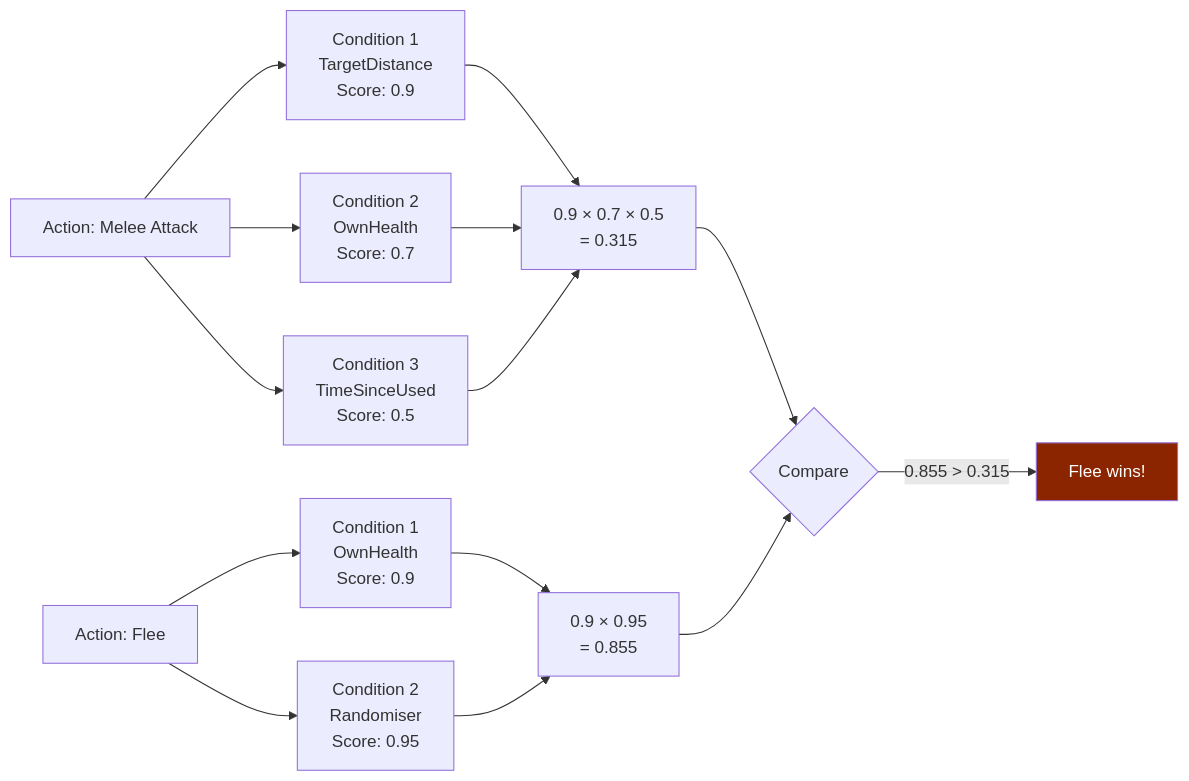
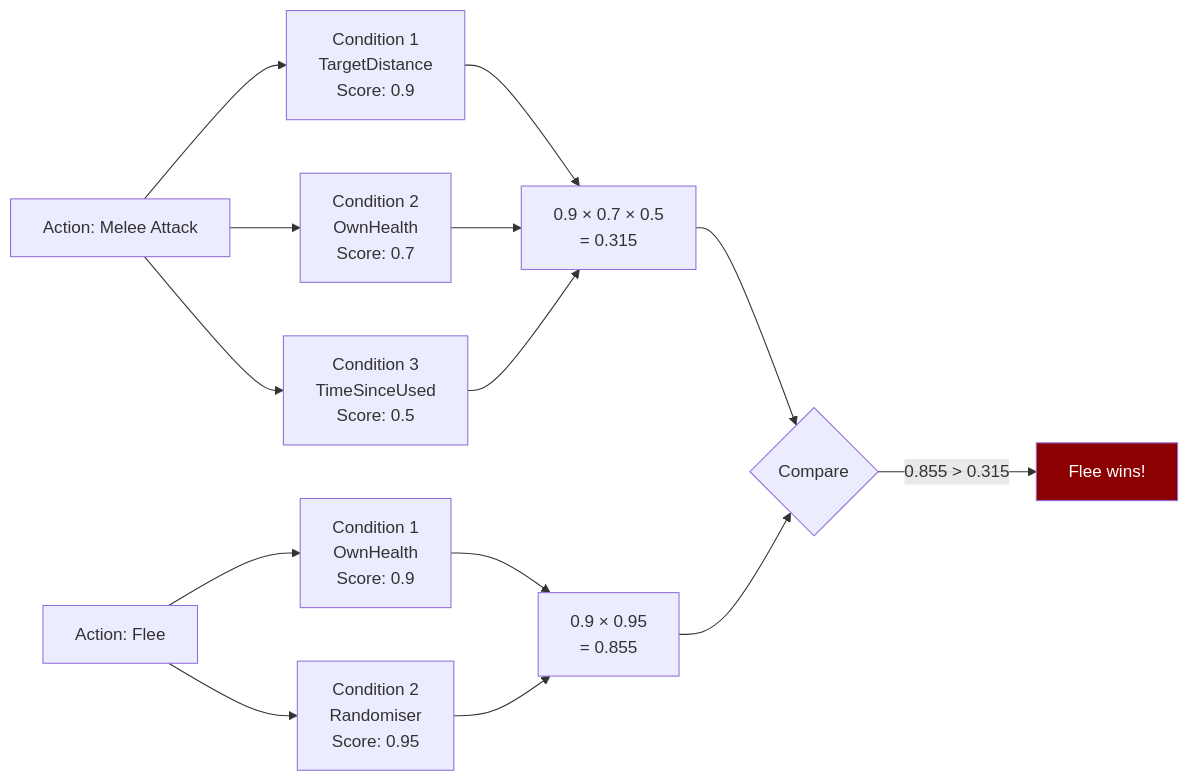
The second of 2 diagrams in src/content/docs/es/reference/npc-system/npc-decision-making.md (nevesb/hytale-modding-docs), drawn with Mermaid before and after one commit. The commit also changed other lines of this file and 34 other files, not shown here.

````diff
--- a/src/content/docs/es/reference/npc-system/npc-decision-making.md
+++ b/src/content/docs/es/reference/npc-system/npc-decision-making.md
@@ -120,22 +120,22 @@
 ```mermaid
-flowchart LR
-    A[Action: Melee Attack] --> B["Condition 1<br/>TargetDistance<br/>Score: 0.9"]
-    A --> C["Condition 2<br/>OwnHealth<br/>Score: 0.7"]
-    A --> D["Condition 3<br/>TimeSinceUsed<br/>Score: 0.5"]
+flowchart LR;
+    A[Action: Melee Attack] --> B["Condition 1<br>TargetDistance<br>Score: 0.9"]
+    A --> C["Condition 2<br>OwnHealth<br>Score: 0.7"]
+    A --> D["Condition 3<br>TimeSinceUsed<br>Score: 0.5"]
 
-    B --> E["0.9 × 0.7 × 0.5<br/>= 0.315"]
+    B --> E["0.9 × 0.7 × 0.5<br>= 0.315"]
     C --> E
     D --> E
 
-    F[Action: Flee] --> G["Condition 1<br/>OwnHealth<br/>Score: 0.9"]
-    F --> H["Condition 2<br/>Randomiser<br/>Score: 0.95"]
+    F[Action: Flee] --> G["Condition 1<br>OwnHealth<br>Score: 0.9"]
+    F --> H["Condition 2<br>Randomiser<br>Score: 0.95"]
 
-    G --> I["0.9 × 0.95<br/>= 0.855"]
+    G --> I["0.9 × 0.95<br>= 0.855"]
     H --> I
 
     E --> J{Compare}
     I --> J
     J -->|"0.855 > 0.315"| K[Flee wins!]
 
-    style K fill:#8b2500,color:#fff
+    style K fill:darkred,color:white
 ```
````
